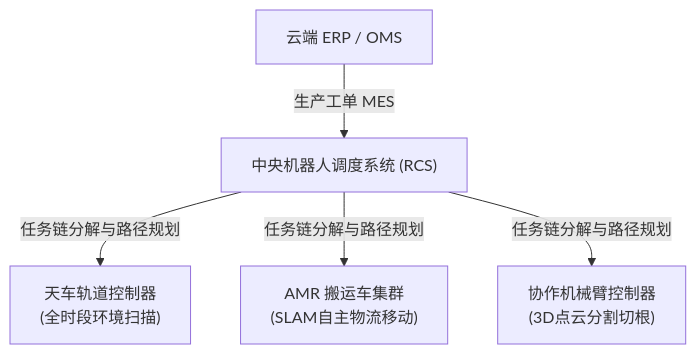
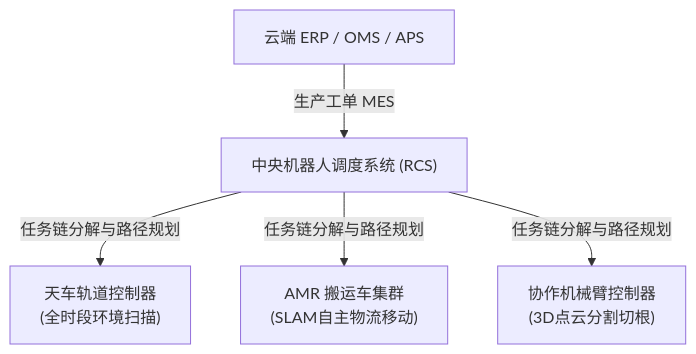
Before and after one commit to digitalboy/aquaponics: the diagram in docs/04_subsystems/04_智能调度与机器人.md, drawn with Mermaid. The commit also changed other lines of this file and 18 other files, not shown here.

````diff
--- a/docs/04_subsystems/04_智能调度与机器人.md
+++ b/docs/04_subsystems/04_智能调度与机器人.md
@@ -11,8 +11,8 @@
 ```mermaid
 flowchart TD
-    Cloud["云端 ERP / OMS"] -->|生产工单 MES| RCS["中央机器人调度系统 (RCS)"]
+    Cloud["云端 ERP / OMS / APS"] -->|生产工单 MES| RCS["中央机器人调度系统 (RCS)"]
     
     RCS -->|任务链分解与路径规划| Gantry["天车轨道控制器<br>(全时段环境扫描)"]
     RCS -->|任务链分解与路径规划| AMR["AMR 搬运车集群<br>(SLAM自主物流移动)"]
     RCS -->|任务链分解与路径规划| Arm["协作机械臂控制器<br>(3D点云分割切根)"]
 ```
````
